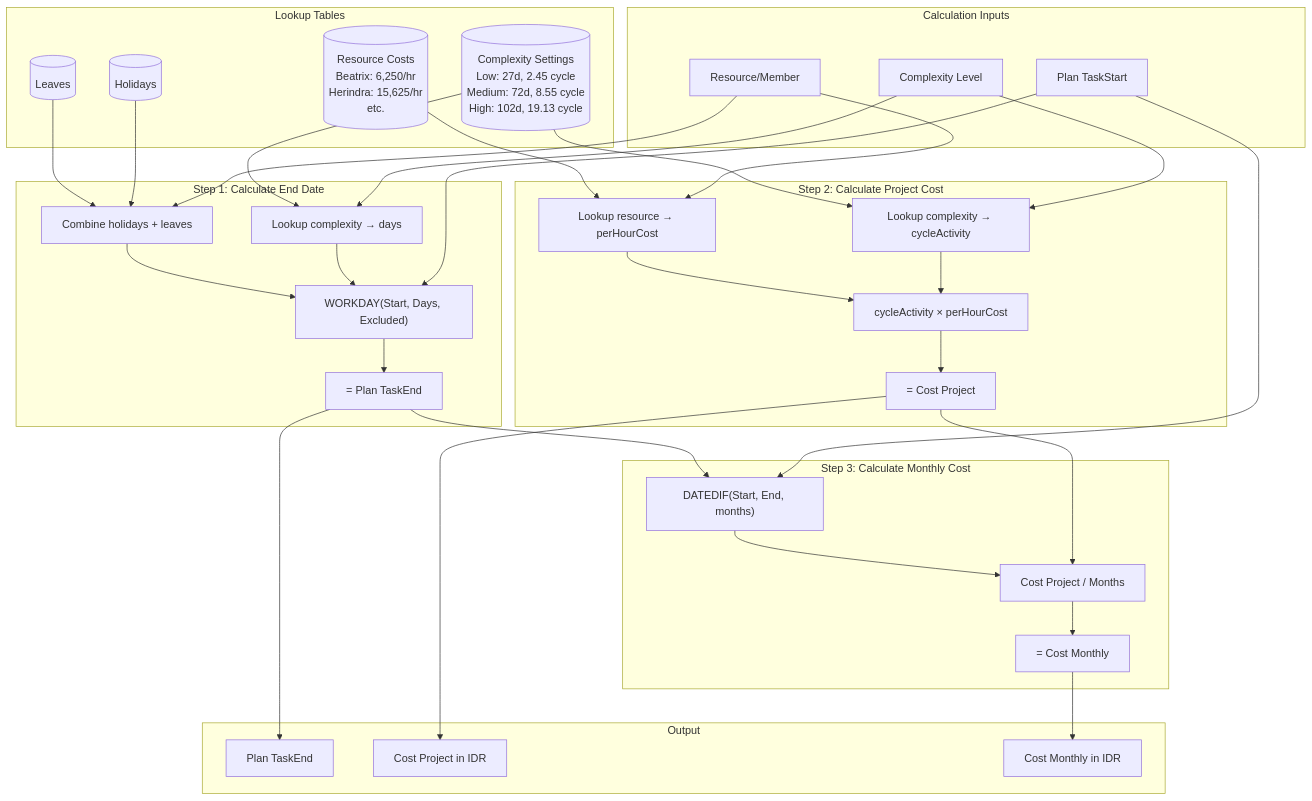
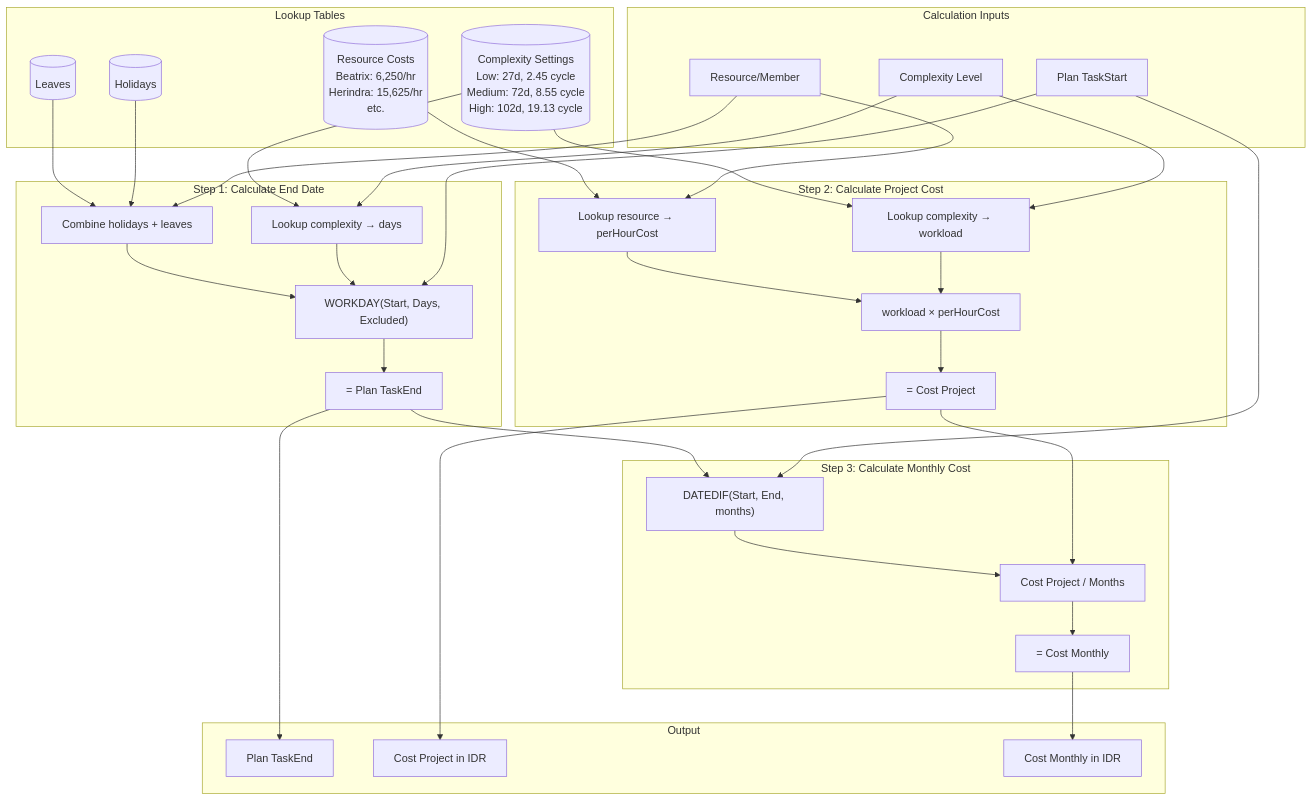
One commit to yoshiafk/workload-management changed the ninth of 10 diagrams in docs/ARCHITECTURE.md. Above: the diagram before and after it, drawn with Mermaid. The commit also changed other lines of this file and 23 other files, not shown here.

````diff
--- a/docs/ARCHITECTURE.md
+++ b/docs/ARCHITECTURE.md
@@ -536,65 +536,65 @@
 ```mermaid
 flowchart TB
     subgraph Inputs["Calculation Inputs"]
         I1[Plan TaskStart]
         I2[Complexity Level]
         I3[Resource/Member]
     end
     
     subgraph Lookup["Lookup Tables"]
         L1[(Complexity Settings<br/>Low: 27d, 2.45 cycle<br/>Medium: 72d, 8.55 cycle<br/>High: 102d, 19.13 cycle)]
         L2[(Resource Costs<br/>Beatrix: 6,250/hr<br/>Herindra: 15,625/hr<br/>etc.)]
         L3[(Holidays)]
         L4[(Leaves)]
     end
     
     subgraph Step1["Step 1: Calculate End Date"]
         S1A["Lookup complexity → days"]
         S1B["Combine holidays + leaves"]
         S1C["WORKDAY(Start, Days, Excluded)"]
         S1D["= Plan TaskEnd"]
     end
     
     subgraph Step2["Step 2: Calculate Project Cost"]
-        S2A["Lookup complexity → cycleActivity"]
+        S2A["Lookup complexity → workload"]
         S2B["Lookup resource → perHourCost"]
-        S2C["cycleActivity × perHourCost"]
+        S2C["workload × perHourCost"]
         S2D["= Cost Project"]
     end
     
     subgraph Step3["Step 3: Calculate Monthly Cost"]
         S3A["DATEDIF(Start, End, months)"]
         S3B["Cost Project / Months"]
         S3C["= Cost Monthly"]
     end
     
     subgraph Output["Output"]
         O1[Plan TaskEnd]
         O2[Cost Project in IDR]
         O3[Cost Monthly in IDR]
     end
     
     I1 --> S1C
     I2 --> S1A
     I3 --> S1B
     L1 --> S1A
     L3 --> S1B
     L4 --> S1B
     S1A --> S1C
     S1B --> S1C
     S1C --> S1D --> O1
     
     I2 --> S2A
     I3 --> S2B
     L1 --> S2A
     L2 --> S2B
     S2A --> S2C
     S2B --> S2C
     S2C --> S2D --> O2
     
     I1 --> S3A
     S1D --> S3A
     S2D --> S3B
     S3A --> S3B
     S3B --> S3C --> O3
 ```
````
